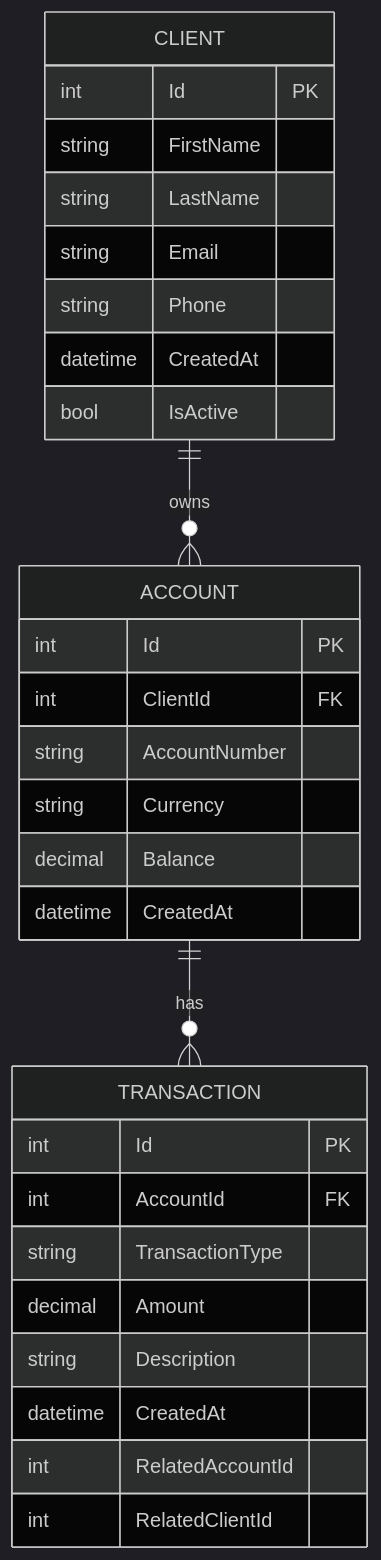
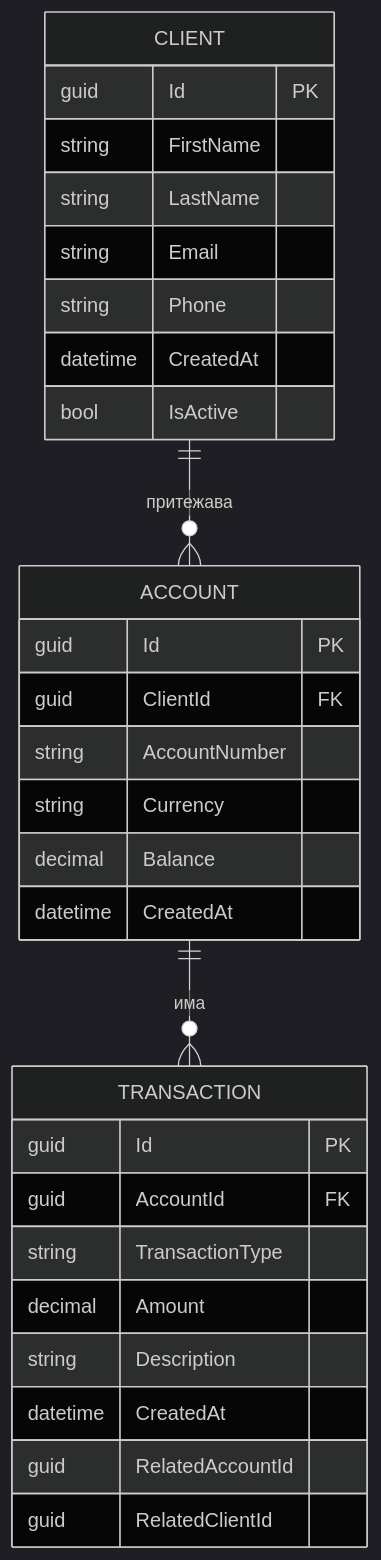
The diagram in Course_3/Session_1/IntegratedEnvs/Course_Projects/BankAccountManager/docs/er-diagram.md (IvanovvAlex/UniversityOfRuse), drawn with Mermaid (dark theme) before and after one commit. The commit also changed 11 other files, not shown here.

````diff
--- a/Course_3/Session_1/IntegratedEnvs/Course_Projects/BankAccountManager/docs/er-diagram.md
+++ b/Course_3/Session_1/IntegratedEnvs/Course_Projects/BankAccountManager/docs/er-diagram.md
@@ -1,35 +1,35 @@
 ```mermaid
 erDiagram
   CLIENT {
-    int Id PK
+    guid Id PK
     string FirstName
     string LastName
     string Email
     string Phone
     datetime CreatedAt
     bool IsActive
   }
 
   ACCOUNT {
-    int Id PK
-    int ClientId FK
+    guid Id PK
+    guid ClientId FK
     string AccountNumber
     string Currency
     decimal Balance
     datetime CreatedAt
   }
 
   TRANSACTION {
-    int Id PK
-    int AccountId FK
+    guid Id PK
+    guid AccountId FK
     string TransactionType
     decimal Amount
     string Description
     datetime CreatedAt
-    int RelatedAccountId
-    int RelatedClientId
+    guid RelatedAccountId
+    guid RelatedClientId
   }
 
-  CLIENT ||--o{ ACCOUNT : "owns"
-  ACCOUNT ||--o{ TRANSACTION : "has"
+  CLIENT ||--o{ ACCOUNT : "притежава"
+  ACCOUNT ||--o{ TRANSACTION : "има"
 ```
````
